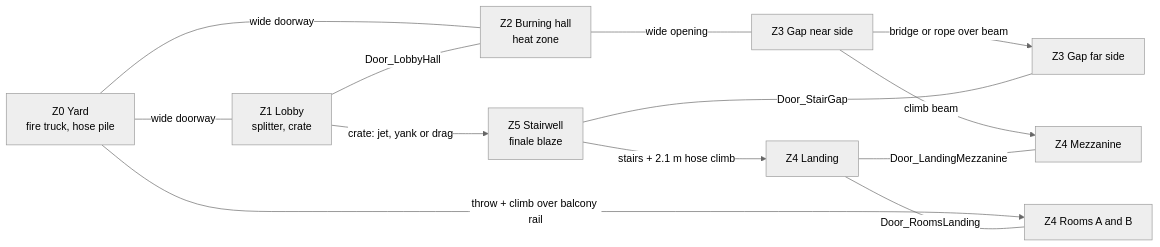
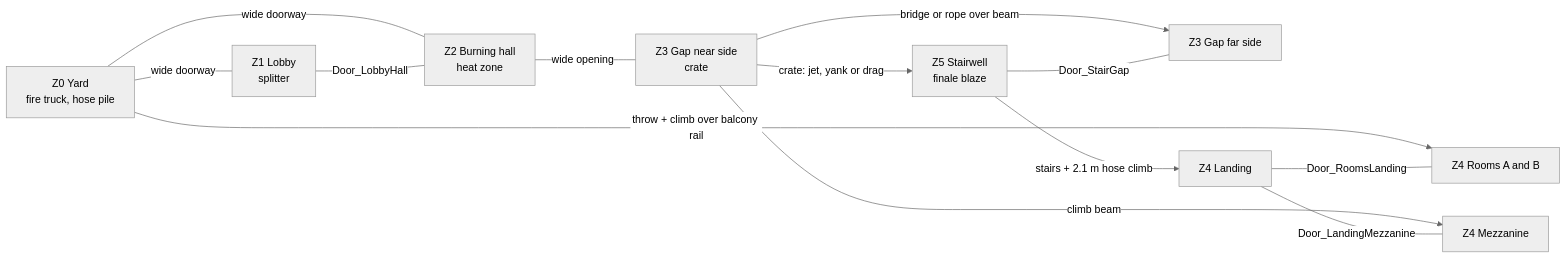
One commit to utochka228/Flame-Blame changed the first of 2 diagrams in DESIGN.md. Above: the diagram before and after it, drawn with Mermaid (neutral theme). The commit also changed other lines of this file, not shown here.

````diff
--- a/DESIGN.md
+++ b/DESIGN.md
@@ -213,25 +214,25 @@
 ```mermaid
 graph LR
   Yard["Z0 Yard<br/>fire truck, hose pile"]
-  Lobby["Z1 Lobby<br/>splitter, crate"]
+  Lobby["Z1 Lobby<br/>splitter"]
   Hall["Z2 Burning hall<br/>heat zone"]
-  Near["Z3 Gap near side"]
+  Near["Z3 Gap near side<br/>crate"]
   Far["Z3 Gap far side"]
   Stair["Z5 Stairwell<br/>finale blaze"]
   Landing["Z4 Landing"]
   Rooms["Z4 Rooms A and B"]
   Mezz["Z4 Mezzanine"]
 
   Yard -- wide doorway --- Lobby
   Yard -- wide doorway --- Hall
   Yard -- "throw + climb over balcony rail" --> Rooms
   Lobby -- Door_LobbyHall --- Hall
-  Lobby -- "crate: jet, yank or drag" --> Stair
+  Near -- "crate: jet, yank or drag" --> Stair
   Hall -- wide opening --- Near
   Near -- "bridge or rope over beam" --> Far
   Near -- "climb beam" --> Mezz
   Stair -- Door_StairGap --- Far
   Stair -- "stairs + 2.1 m hose climb" --> Landing
   Landing -- Door_RoomsLanding --- Rooms
   Landing -- Door_LandingMezzanine --- Mezz
 ```
````
